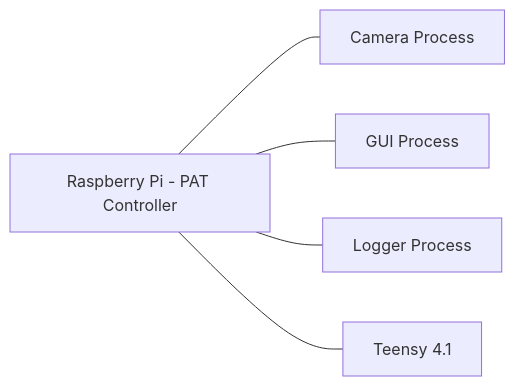
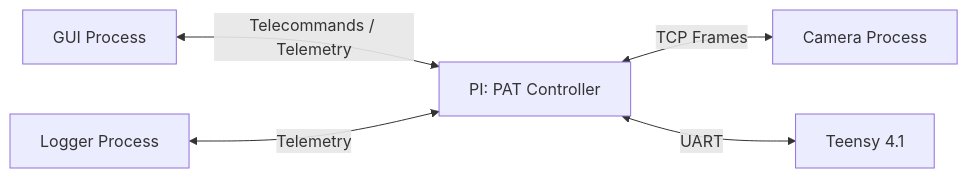
One commit to vmsantosg01/mermaid changed the first of 14 diagrams in README.md. Above: the diagram before and after it, drawn with Mermaid. The commit also changed other lines of this file, not shown here.

````diff
--- a/README.md
+++ b/README.md
@@ -19,13 +11,13 @@
 ```mermaid
-graph LR
-    P1[Raspberry Pi - PAT Controller]
-    P2[Camera Process]
-    P3[GUI Process]
-    P4[Logger Process]
-    P5[Teensy 4.1]
+flowchart LR
+    GUI[GUI Process]
+    LOGGER[Logger Process]
+    CAM[Camera Process]
+    PI[PI: PAT Controller]
+    T4[Teensy 4.1]
 
-    P1 --- P2
-    P1 --- P3
-    P1 --- P4
-    P1 --- P5
+    GUI <-- Telecommands / Telemetry --> PI
+    LOGGER <-- Telemetry --> PI
+    PI <-- TCP Frames --> CAM
+    PI <-- UART --> T4
 ```
````
